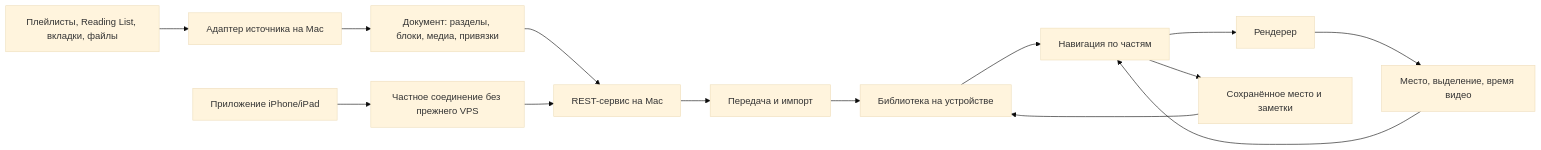
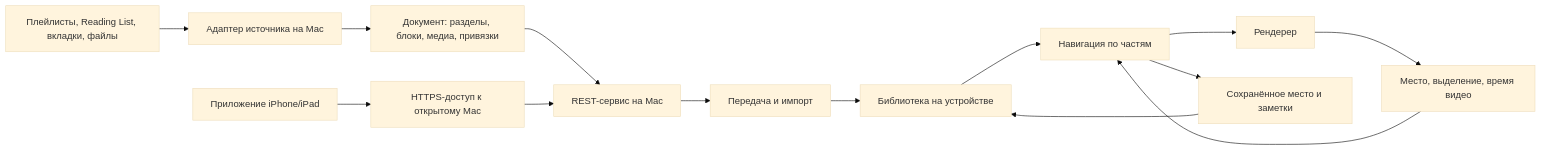
Before and after one commit to vladkalinichencko/fnmn-app: the diagram in notes/plan.md, drawn with Mermaid (base theme). The commit also changed other lines of this file and 2 other files, not shown here.

Commit message:
Document live Mac connection trial and Keychain token setup.
Record the authenticated local article check, keep the Funnel approval step visible, and align the connection plan with the implemented client.

````diff
--- a/notes/plan.md
+++ b/notes/plan.md
@@ -32,16 +32,16 @@
 ```mermaid
 flowchart LR
     Sources[Плейлисты, Reading List, вкладки, файлы] --> Adapter[Адаптер источника на Mac]
     Adapter --> Document[Документ: разделы, блоки, медиа, привязки]
     Document --> MacAPI[REST-сервис на Mac]
-    Phone[Приложение iPhone/iPad] --> Link[Частное соединение без прежнего VPS]
+    Phone[Приложение iPhone/iPad] --> Link[HTTPS-доступ к открытому Mac]
     Link --> MacAPI
     MacAPI --> Import[Передача и импорт]
     Import --> Library[Библиотека на устройстве]
     Library --> Reader[Навигация по частям]
     Reader --> Render[Рендерер]
     Render --> Events[Место, выделение, время видео]
     Events --> Reader
     Reader --> Saved[Сохранённое место и заметки]
     Saved --> Library
 ```
````
